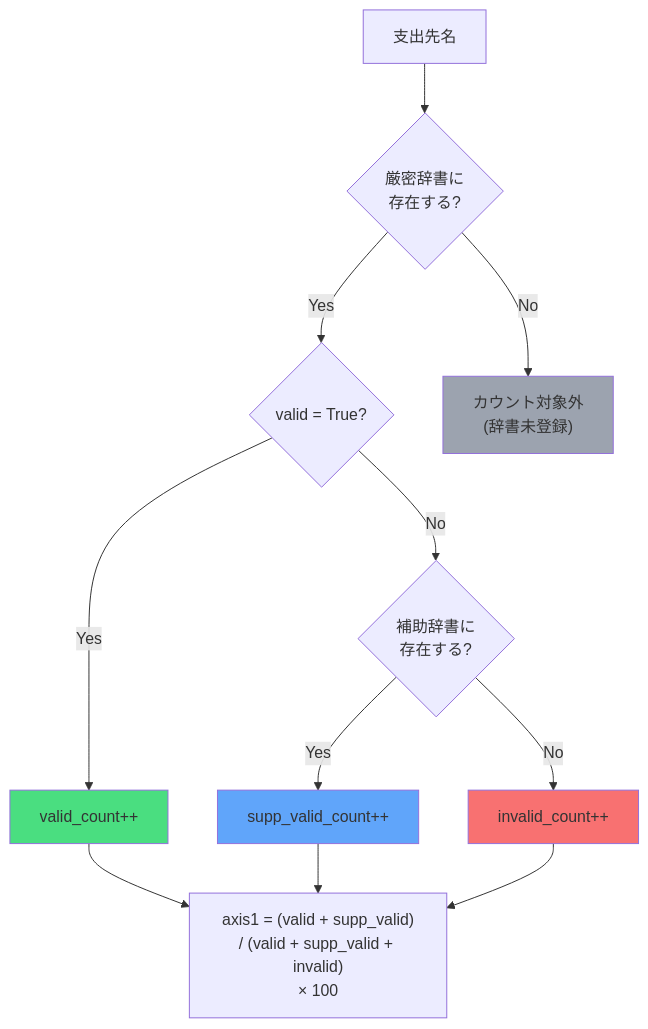
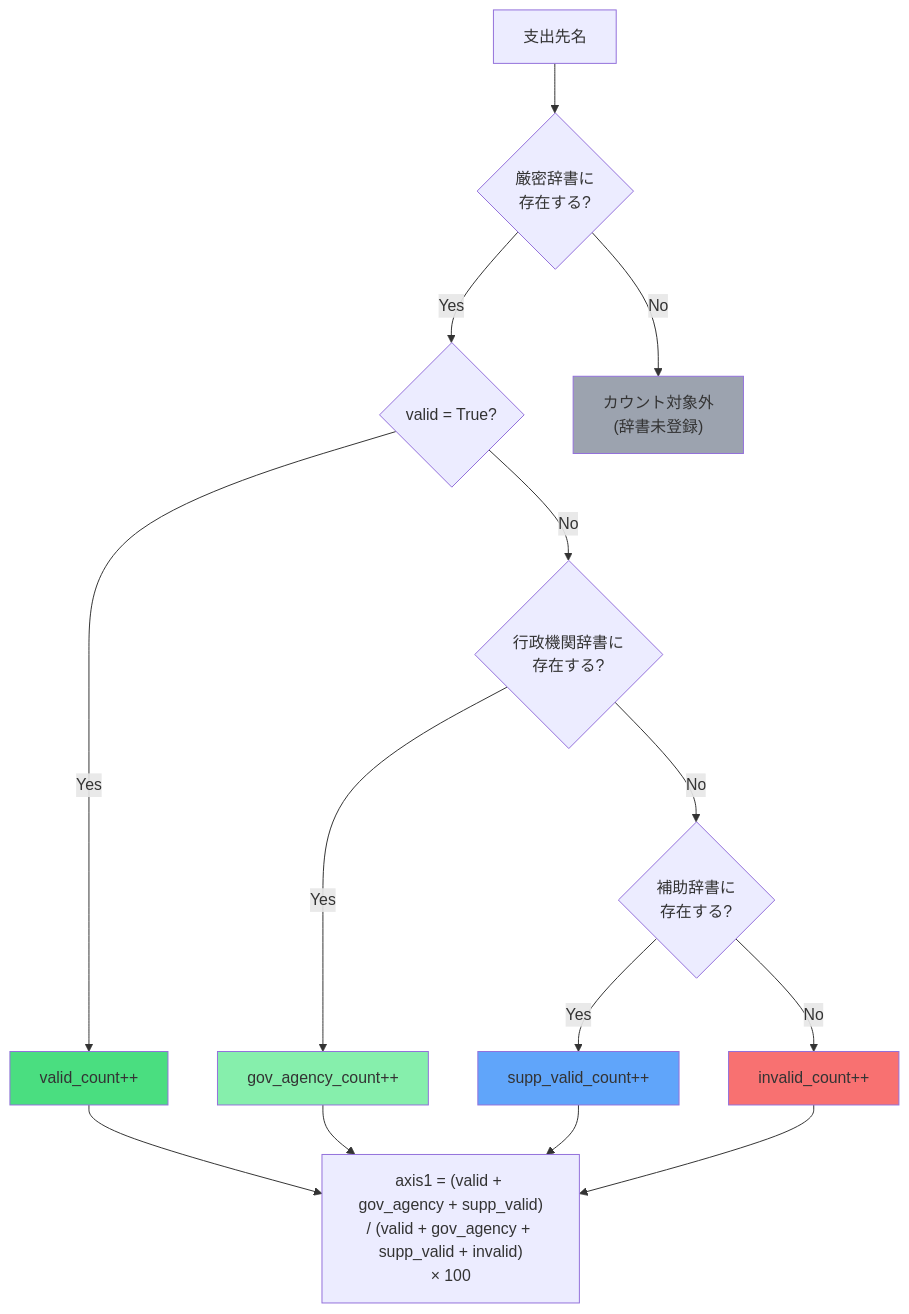
Before and after one commit to igomuni/marumie-rssystem: the third of 11 diagrams in docs/quality-scoring-guide.md, drawn with Mermaid. The commit also changed other lines of this file and 10 other files, not shown here.

````diff
--- a/docs/quality-scoring-guide.md
+++ b/docs/quality-scoring-guide.md
@@ -86,18 +89,21 @@
 ```mermaid
 flowchart TD
     NAME["支出先名"]
     NAME --> Q1{"厳密辞書に<br/>存在する?"}
     Q1 -- Yes --> Q2{"valid = True?"}
     Q1 -- No --> SKIP["カウント対象外<br/>(辞書未登録)"]
     Q2 -- Yes --> VALID["valid_count++"]
-    Q2 -- No --> Q3{"補助辞書に<br/>存在する?"}
-    Q3 -- Yes --> SUPP["supp_valid_count++"]
-    Q3 -- No --> INVALID["invalid_count++"]
+    Q2 -- No --> Q3{"行政機関辞書に<br/>存在する?"}
+    Q3 -- Yes --> GOV["gov_agency_count++"]
+    Q3 -- No --> Q4{"補助辞書に<br/>存在する?"}
+    Q4 -- Yes --> SUPP["supp_valid_count++"]
+    Q4 -- No --> INVALID["invalid_count++"]
 
-    VALID & SUPP & INVALID --> CALC["axis1 = (valid + supp_valid)<br/>/ (valid + supp_valid + invalid)<br/>× 100"]
+    VALID & GOV & SUPP & INVALID --> CALC["axis1 = (valid + gov_agency + supp_valid)<br/>/ (valid + gov_agency + supp_valid + invalid)<br/>× 100"]
 
     style VALID fill:#4ade80
+    style GOV fill:#86efac
     style SUPP fill:#60a5fa
     style INVALID fill:#f87171
     style SKIP fill:#9ca3af
 ```
````
